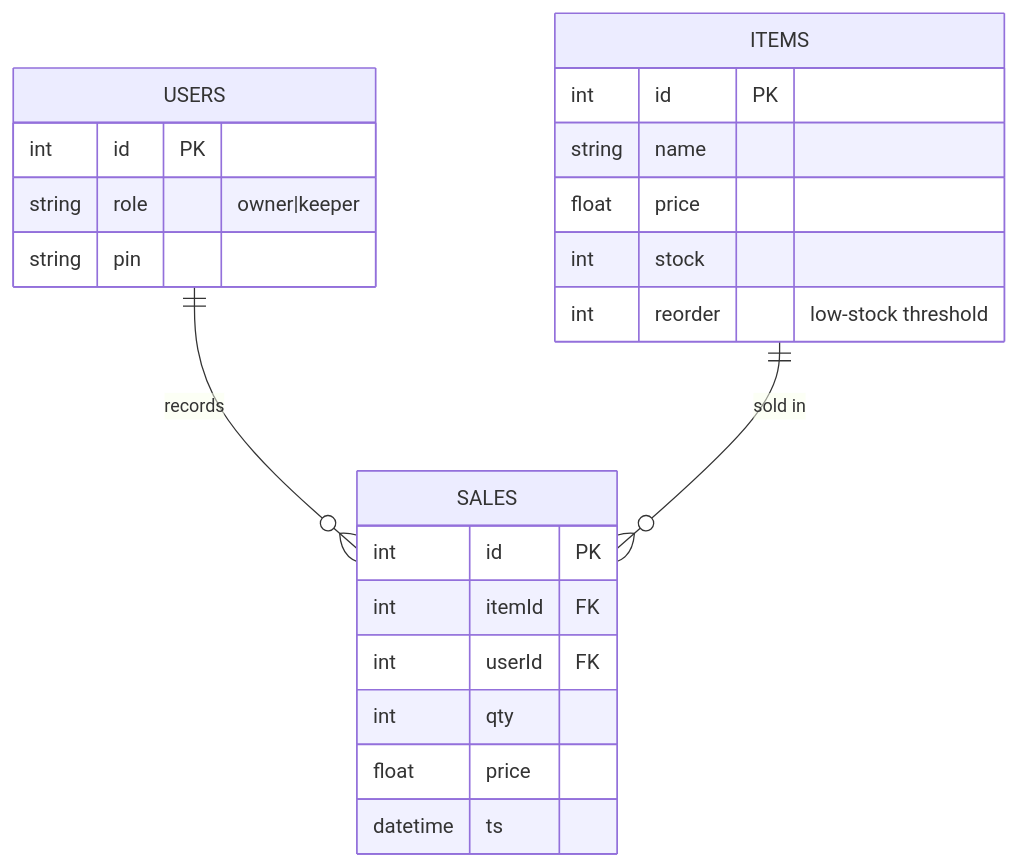
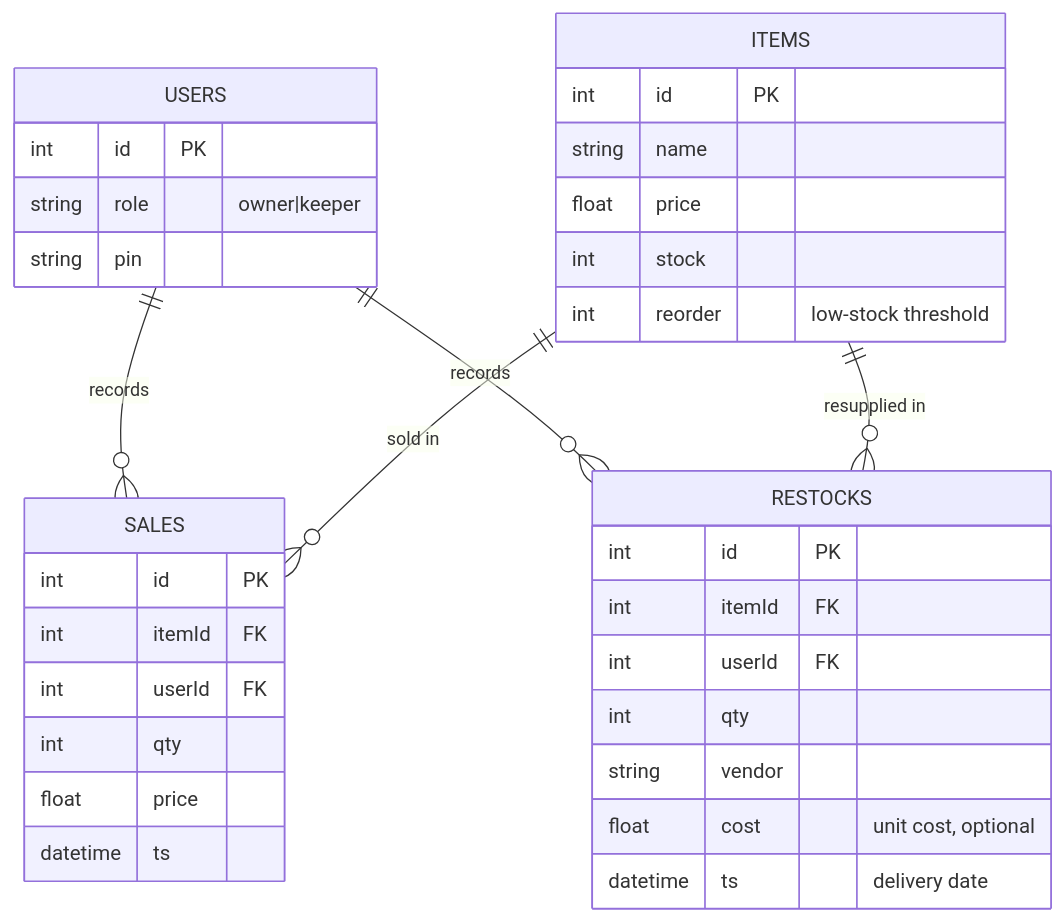
One commit to xCuti0n/Kiosk-stocks changed the second of 2 diagrams in README.md. Above: the diagram before and after it, drawn with Mermaid. The commit also changed 1 other file, not shown here.

Commit message:
Record vendor resupplies with date, quantity and report

````diff
--- a/README.md
+++ b/README.md
@@ -44,19 +44,28 @@
 ```mermaid
 erDiagram
   USERS ||--o{ SALES : records
   ITEMS ||--o{ SALES : "sold in"
+  USERS ||--o{ RESTOCKS : records
+  ITEMS ||--o{ RESTOCKS : "resupplied in"
+  RESTOCKS { int id PK
+          int itemId FK
+          int userId FK
+          int qty
+          string vendor
+          float cost "unit cost, optional"
+          datetime ts "delivery date" }
   USERS { int id PK
           string role "owner|keeper"
           string pin }
   ITEMS { int id PK
           string name
           float price
           int stock
           int reorder "low-stock threshold" }
   SALES { int id PK
           int itemId FK
           int userId FK
           int qty
           float price
           datetime ts }
 ```
````
